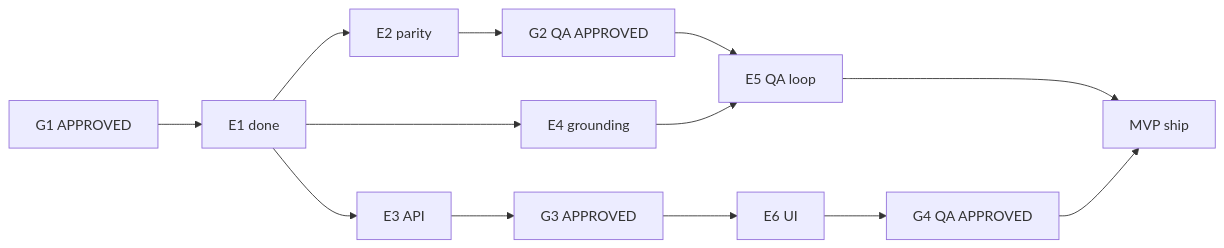
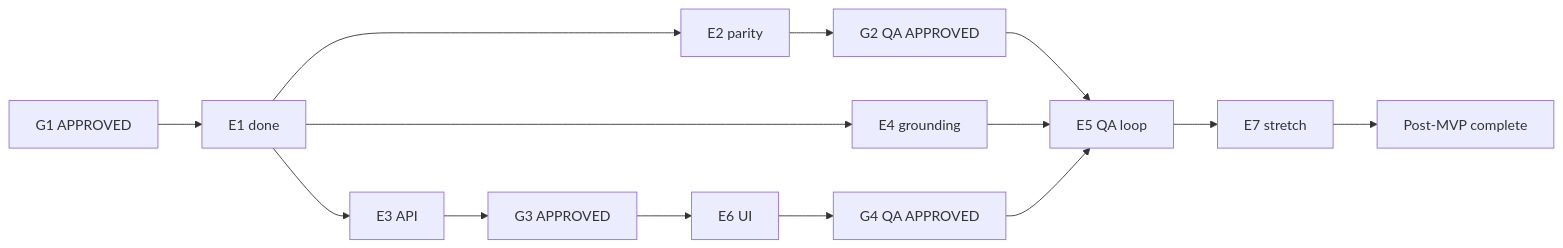
One commit to onu22/Formiqo_image changed the diagram in harness/RUN-MVP.md. Above: the diagram before and after it, drawn with Mermaid. The commit also changed other lines of this file and 10 other files, not shown here.

````diff
--- a/harness/RUN-MVP.md
+++ b/harness/RUN-MVP.md
@@ -17,15 +17,16 @@
 ```mermaid
 flowchart LR
     G1[G1 APPROVED] --> E1[E1 done]
     E1 --> E2[E2 parity]
     E1 --> E3[E3 API]
     E1 --> E4[E4 grounding]
     E2 --> G2[G2 QA APPROVED]
     G2 --> E5[E5 QA loop]
     E3 --> G3[G3 APPROVED]
     G3 --> E6[E6 UI]
     E4 --> E5
     E6 --> G4[G4 QA APPROVED]
-    E5 --> Ship[MVP ship]
-    G4 --> Ship
+    G4 --> E5
+    E5 --> E7[E7 stretch]
+    E7 --> Done[Post-MVP complete]
 ```
````
